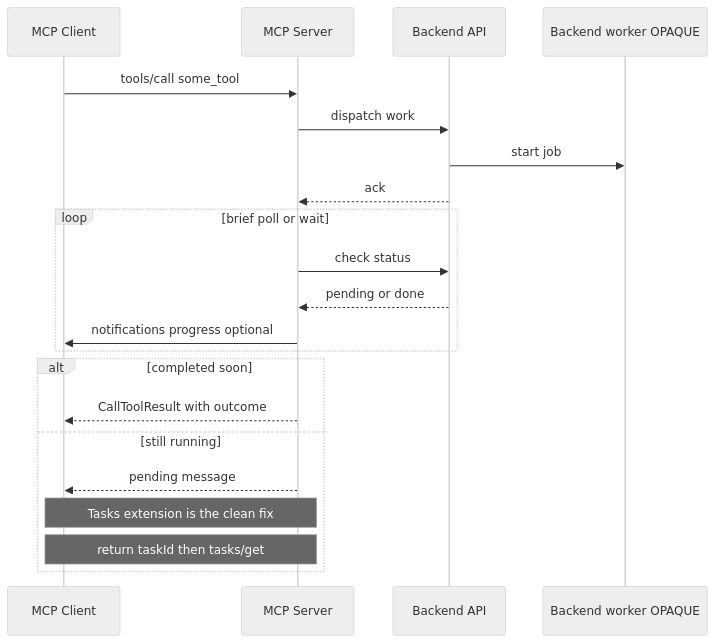
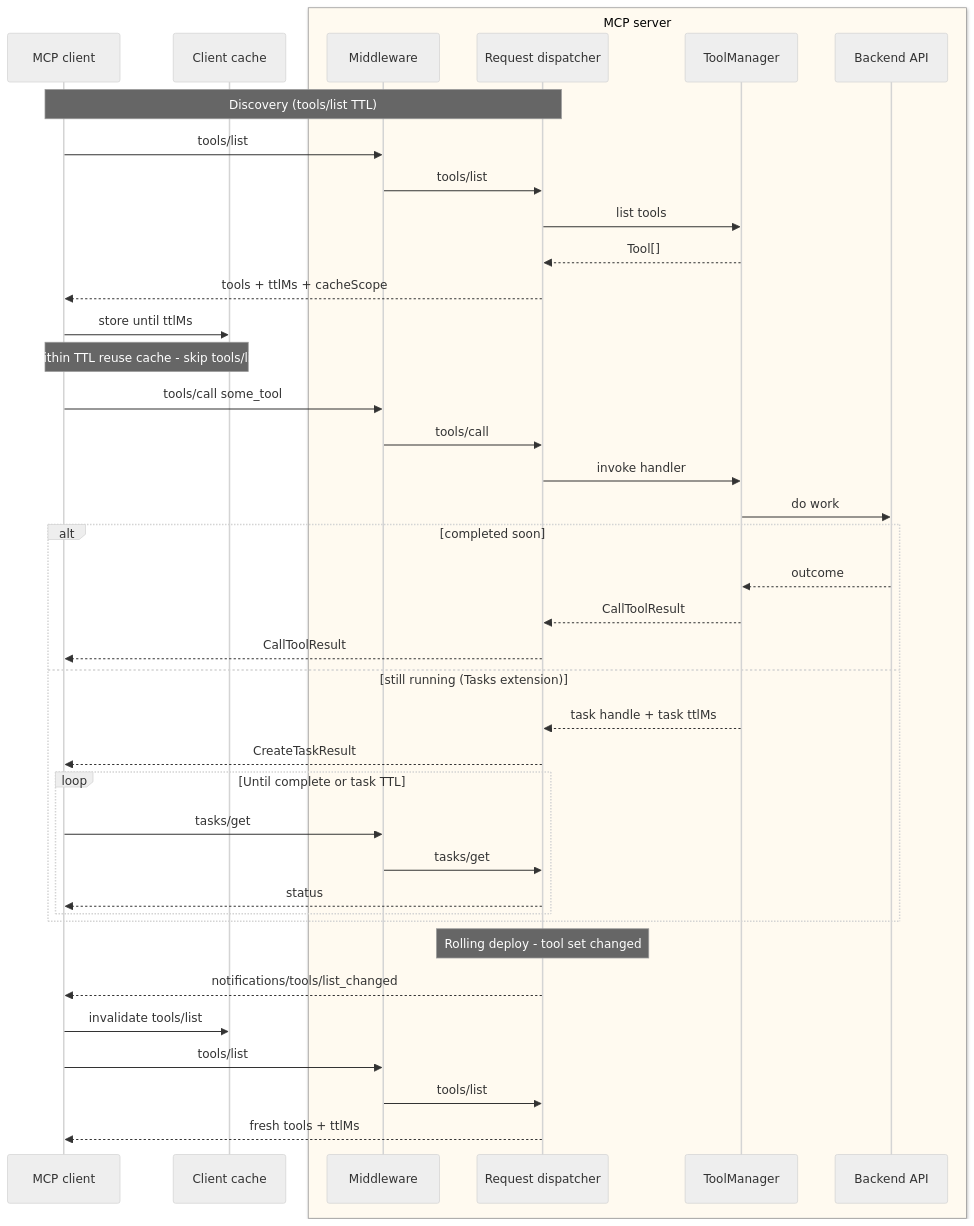
One commit to modelcontextprotocol/agents-wg changed the second of 4 diagrams in docs/research/deep_agent_mcp_analysis.md. Above: the diagram before and after it, drawn with Mermaid (neutral theme). The commit also changed other lines of this file, not shown here.

First line of the commit message:
Clarify MCP agent capabilities, progressive disclosure, and TTLs.

````diff
--- a/docs/research/deep_agent_mcp_analysis.md
+++ b/docs/research/deep_agent_mcp_analysis.md
@@ -295,26 +298,47 @@
 ```mermaid
 sequenceDiagram
-    participant Client as MCP Client
-    participant Server as MCP Server
-    participant API as Backend API
-    participant Worker as Backend worker OPAQUE
+    participant Client as MCP client
+    participant Cache as Client cache
 
-    Client->>Server: tools/call some_tool
-    Server->>API: dispatch work
-    API->>Worker: start job
-    API-->>Server: ack
-
-    loop brief poll or wait
-        Server->>API: check status
-        API-->>Server: pending or done
-        Server->>Client: notifications progress optional
+    box rgb(255,250,240) MCP server
+        participant MW as Middleware
+        participant Disp as Request dispatcher
+        participant TM as ToolManager
+        participant API as Backend API
     end
 
+    Note over Client,Disp: Discovery (tools/list TTL)
+    Client->>MW: tools/list
+    MW->>Disp: tools/list
+    Disp->>TM: list tools
+    TM-->>Disp: Tool[]
+    Disp-->>Client: tools + ttlMs + cacheScope
+    Client->>Cache: store until ttlMs
+
+    Note over Client,Cache: Within TTL reuse cache - skip tools/list
+    Client->>MW: tools/call some_tool
+    MW->>Disp: tools/call
+    Disp->>TM: invoke handler
+    TM->>API: do work
+
     alt completed soon
-        Server-->>Client: CallToolResult with outcome
-    else still running
-        Server-->>Client: pending message
-        Note over Server,Client: Tasks extension is the clean fix
-        Note over Server,Client: return taskId then tasks/get
+        API-->>TM: outcome
+        TM-->>Disp: CallToolResult
+        Disp-->>Client: CallToolResult
+    else still running (Tasks extension)
+        TM-->>Disp: task handle + task ttlMs
+        Disp-->>Client: CreateTaskResult
+        loop Until complete or task TTL
+            Client->>MW: tasks/get
+            MW->>Disp: tasks/get
+            Disp-->>Client: status
+        end
     end
+
+    Note over Disp: Rolling deploy - tool set changed
+    Disp-->>Client: notifications/tools/list_changed
+    Client->>Cache: invalidate tools/list
+    Client->>MW: tools/list
+    MW->>Disp: tools/list
+    Disp-->>Client: fresh tools + ttlMs
 ```
````
